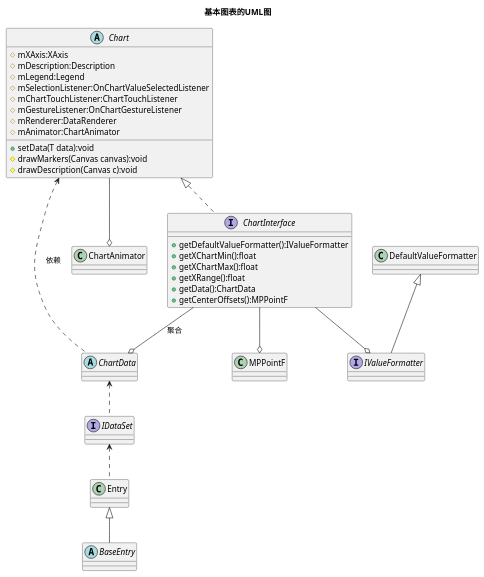
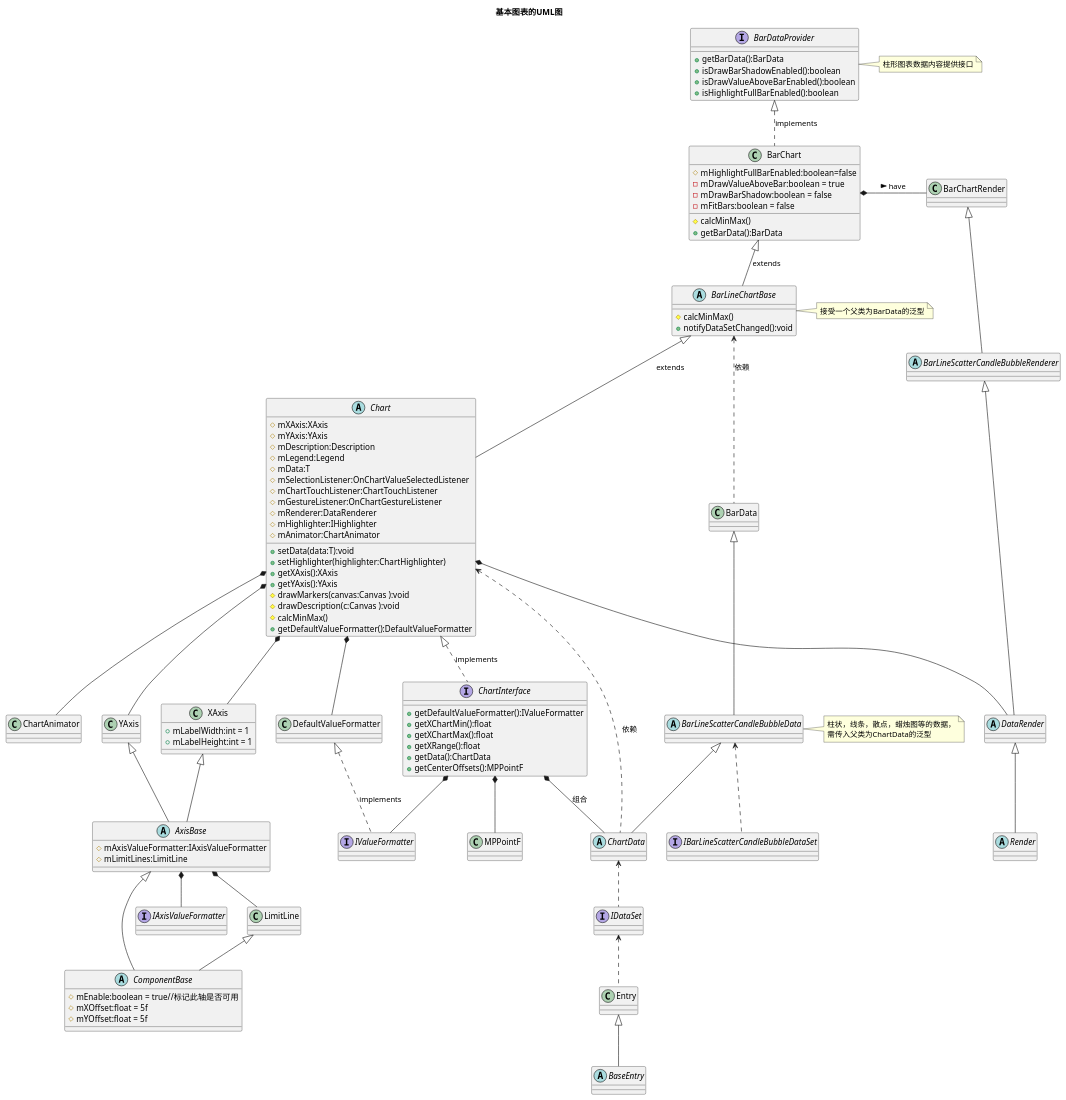
One commit to SunnyLy/MuKeNet changed the diagram in MPChartLib/MPACChart.puml. Above: the diagram before and after it, drawn with PlantUML. The commit also changed 1 other file, not shown here.

Commit message:
MPACChart.puml图上传

```diff
--- a/MPChartLib/MPACChart.puml
+++ b/MPChartLib/MPACChart.puml
@@ -1,64 +1,145 @@
 @startuml
 title:基本图表的UML图
 abstract Chart{
 #mXAxis:XAxis
+#mYAxis:YAxis
 #mDescription:Description
 #mLegend:Legend
+#mData:T
 #mSelectionListener:OnChartValueSelectedListener
 #mChartTouchListener:ChartTouchListener
 #mGestureListener:OnChartGestureListener
 #mRenderer:DataRenderer
+#mHighlighter:IHighlighter
 #mAnimator:ChartAnimator
-+setData(T data):void
-#drawMarkers(Canvas canvas):void
-#drawDescription(Canvas c):void
++setData(data:T):void
++setHighlighter(highlighter:ChartHighlighter)
++getXAxis():XAxis
++getYAxis():YAxis
+#drawMarkers(canvas:Canvas ):void
+#drawDescription(c:Canvas ):void
+#calcMinMax()
++getDefaultValueFormatter():DefaultValueFormatter
 
 }
 abstract ChartData{
 }
+abstract Render{
+}
+abstract DataRender{
+}
+abstract class BarLineScatterCandleBubbleRenderer{
+}
+abstract class BarLineChartBase{
+#calcMinMax()
++notifyDataSetChanged():void
+}
 abstract class BaseEntry{
+}
+class BarChart{
+#mHighlightFullBarEnabled:boolean=false
+-mDrawValueAboveBar:boolean = true
+-mDrawBarShadow:boolean = false
+-mFitBars:boolean = false
+#calcMinMax()
++getBarData():BarData
 }
 class MPPointF{
 }
 class Entry{
 }
 class ChartAnimator{
 }
 class DefaultValueFormatter{
 }
 interface ChartInterface{
 +getDefaultValueFormatter():IValueFormatter
 +getXChartMin():float
 +getXChartMax():float
 +getXRange():float
 +getData():ChartData
 +getCenterOffsets():MPPointF
 }
 interface IValueFormatter{
 }
 interface IDataSet{
 }
-
-'ChartAnimator o-- Chart
+interface BarDataProvider{
++getBarData():BarData
++isDrawBarShadowEnabled():boolean
++isDrawValueAboveBarEnabled():boolean
++isHighlightFullBarEnabled():boolean
+}
+class BarData{
+}
+abstract class BarLineScatterCandleBubbleData{
+}
+interface IBarLineScatterCandleBubbleDataSet{
+}
+'ChartAnimator *-- Chart
 'ChartInterface ..|> Chart
 'ChartData ..> Chart:依赖
 'IDataSet ..> ChartData
 'Entry ..> IDataSet
-'IValueFormatter o-- ChartInterface
+'IValueFormatter *-- ChartInterface
 'IValueFormatter ..|> DefaultValueFormatter
-'ChartData o-- ChartInterface:聚合
-'MPPointF o-- ChartInterface
+'ChartData *-- ChartInterface:聚合
+'MPPointF *-- ChartInterface
 'BaseEntry --|> Entry
 
-Chart --o ChartAnimator
-Chart <|.. ChartInterface
+class XAxis{
++mLabelWidth:int = 1
++mLabelHeight:int = 1
+}
+class YAxis{
+}
+abstract class AxisBase{
+#mAxisValueFormatter:IAxisValueFormatter
+#mLimitLines:LimitLine
+}
+interface IAxisValueFormatter{
+}
+class LimitLine{
+}
+abstract class ComponentBase{
+#mEnable:boolean = true//标记此轴是否可用
+#mXOffset:float = 5f
+#mYOffset:float = 5f
+}
+
+Chart *-- ChartAnimator
+Chart <|.. ChartInterface:implements
 Chart <.. ChartData:依赖
+Chart *-- DataRender
+BarLineChartBase <|-- Chart:extends
+BarChart <|-- BarLineChartBase:extends
+BarChart *- BarChartRender:have >
+BarDataProvider <|.. BarChart:implements
+BarLineChartBase <.. BarData:依赖
+BarData <|-- BarLineScatterCandleBubbleData
+BarLineScatterCandleBubbleData <|-- ChartData
+BarLineScatterCandleBubbleData <.. IBarLineScatterCandleBubbleDataSet
 ChartData <.. IDataSet
 IDataSet <.. Entry
-ChartInterface --o IValueFormatter
-DefaultValueFormatter <|-- IValueFormatter
-ChartInterface --o ChartData:聚合
-ChartInterface --o MPPointF
+ChartInterface *-- IValueFormatter
+DefaultValueFormatter <|.. IValueFormatter:implements
+ChartInterface *-- ChartData:组合
+ChartInterface *-- MPPointF
 Entry <|-- BaseEntry
+BarChartRender <|-- BarLineScatterCandleBubbleRenderer
+BarLineScatterCandleBubbleRenderer <|-- DataRender
+DataRender <|-- Render
+Chart *-- XAxis
+Chart *-- YAxis
+Chart *-- DefaultValueFormatter
+XAxis <|-- AxisBase
+YAxis <|-- AxisBase
+AxisBase <|-- ComponentBase
+AxisBase *-- IAxisValueFormatter
+AxisBase *-- LimitLine
+LimitLine <|-- ComponentBase
 
+note right of BarLineScatterCandleBubbleData:柱状，线条，散点，蜡烛图等的数据，\n需传入父类为ChartData的泛型
+note right of BarLineChartBase:接受一个父类为BarData的泛型
+note right of BarDataProvider:柱形图表数据内容提供接口
 @enduml
```
